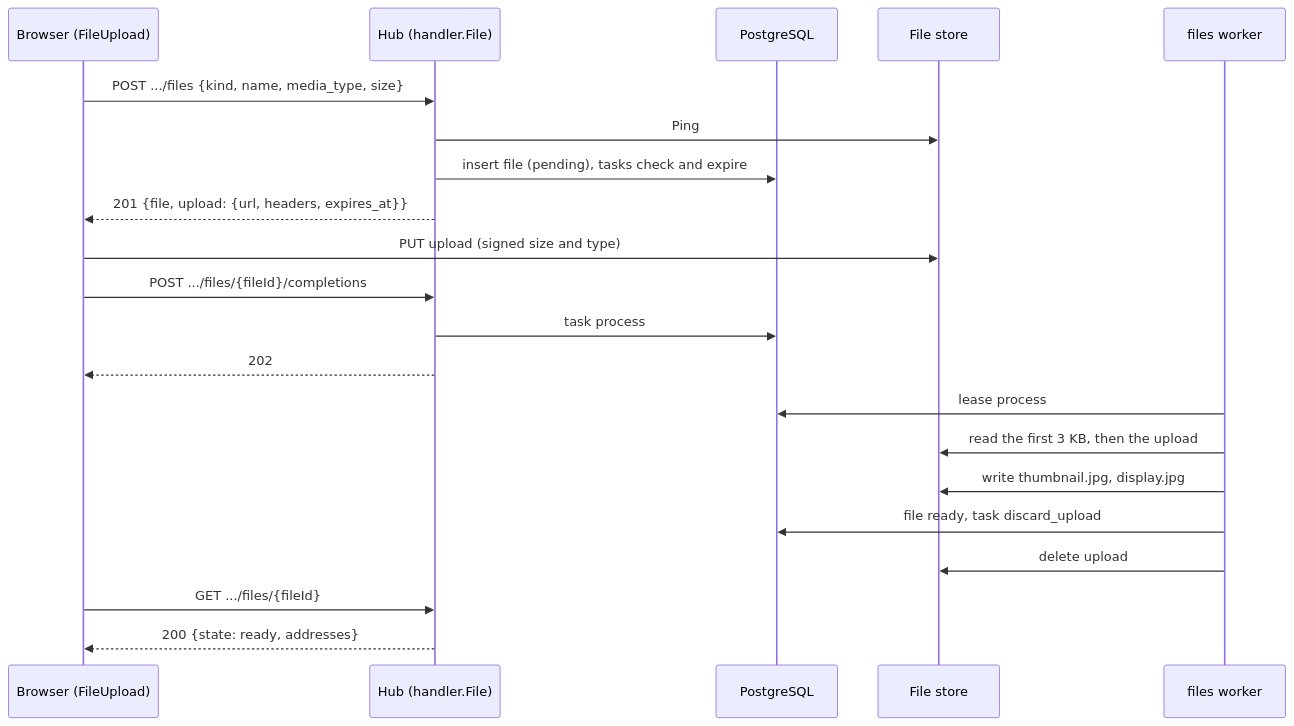
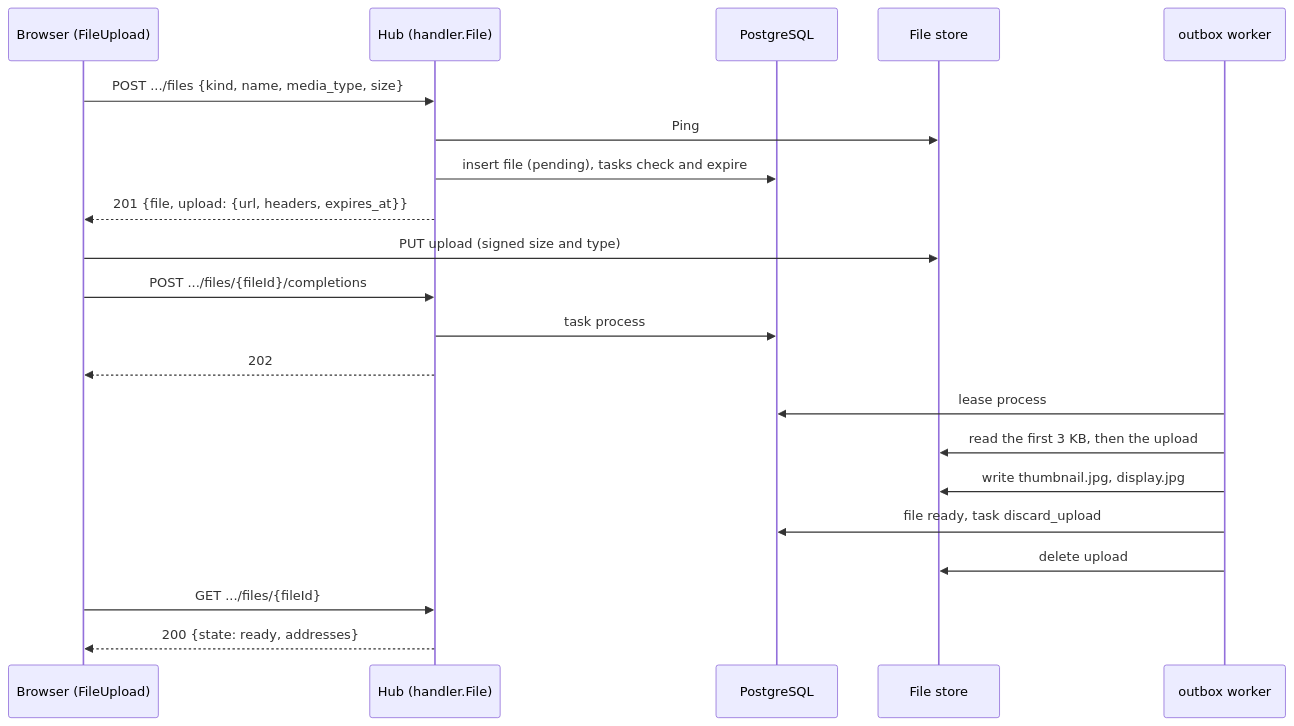
Before and after one commit to ABGEO/maroid: the second of 2 diagrams in specs/features/files/spec.md, drawn with Mermaid. The commit also changed other lines of this file and 2 other files, not shown here.

Commit message:
docs(specs): move the tasks of the files to the outbox

````diff
--- a/specs/features/files/spec.md
+++ b/specs/features/files/spec.md
@@ -323,23 +312,23 @@
 ```mermaid
 sequenceDiagram
     participant B as Browser (FileUpload)
     participant H as Hub (handler.File)
     participant D as PostgreSQL
     participant S as File store
-    participant W as files worker
+    participant W as outbox worker
     B->>H: POST .../files {kind, name, media_type, size}
     H->>S: Ping
     H->>D: insert file (pending), tasks check and expire
     H-->>B: 201 {file, upload: {url, headers, expires_at}}
     B->>S: PUT upload (signed size and type)
     B->>H: POST .../files/{fileId}/completions
     H->>D: task process
     H-->>B: 202
     W->>D: lease process
     W->>S: read the first 3 KB, then the upload
     W->>S: write thumbnail.jpg, display.jpg
     W->>D: file ready, task discard_upload
     W->>S: delete upload
     B->>H: GET .../files/{fileId}
     H-->>B: 200 {state: ready, addresses}
 ```
````
